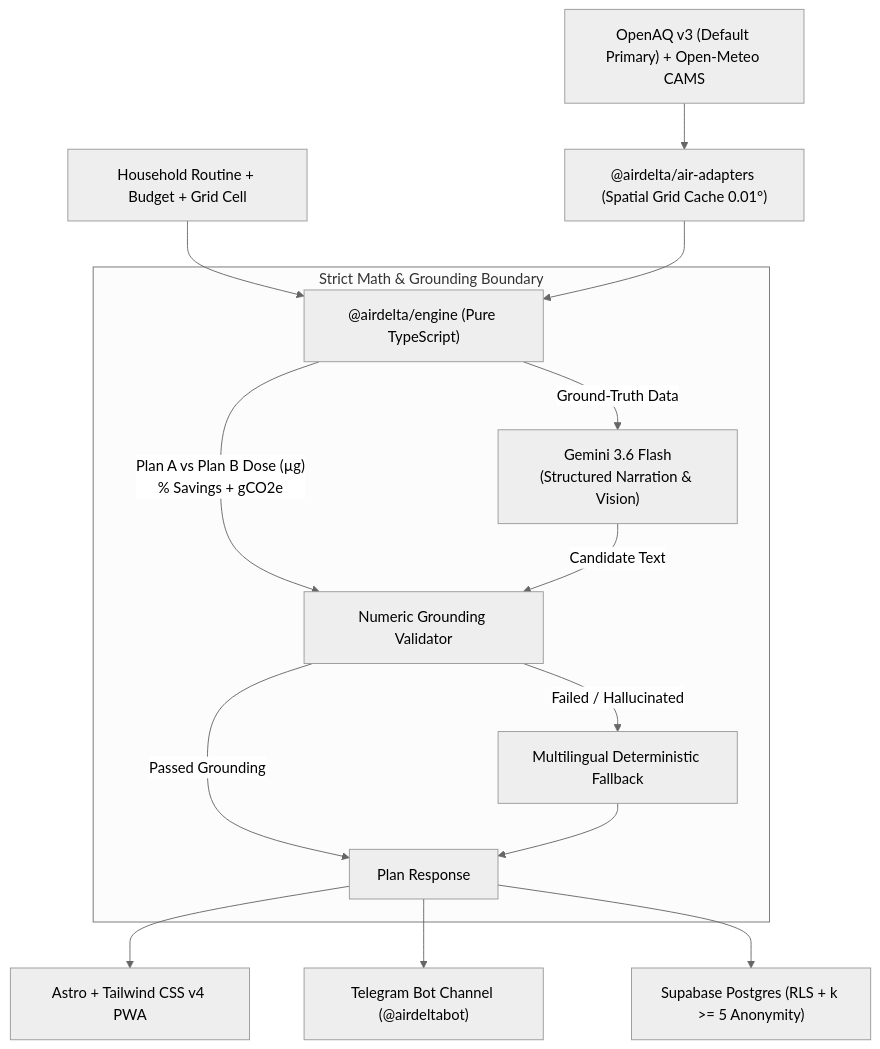
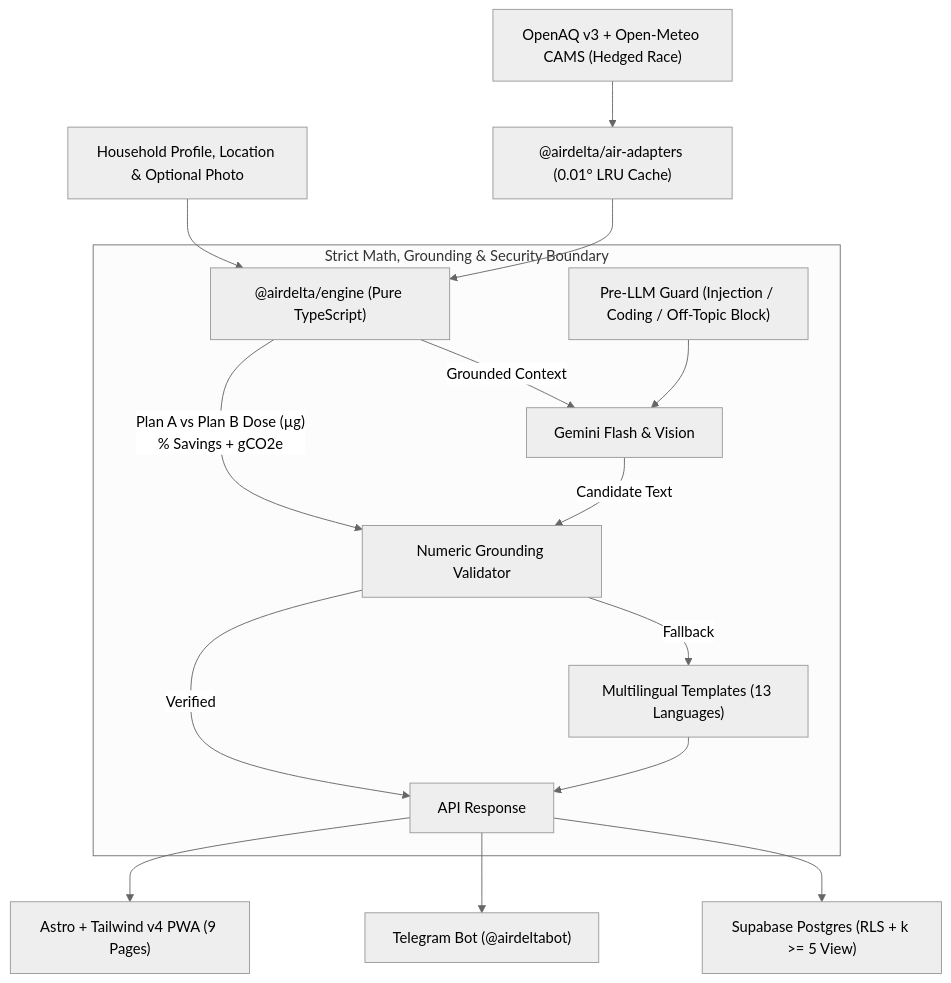
The diagram in README.md (AJAYMYTH/AirDelta), drawn with Mermaid (neutral theme) before and after one commit. The commit also changed other lines of this file, not shown here.

````diff
--- a/README.md
+++ b/README.md
@@ -48,19 +62,20 @@
 ```mermaid
 flowchart TD
-    User["Household Routine + Budget + Grid Cell"] --> Engine["@airdelta/engine (Pure TypeScript)"]
-    AirProviders["OpenAQ v3 (Default Primary) + Open-Meteo CAMS"] --> Adapters["@airdelta/air-adapters (Spatial Grid Cache 0.01°)"]
+    User["Household Profile, Location & Optional Photo"] --> Engine["@airdelta/engine (Pure TypeScript)"]
+    AirProviders["OpenAQ v3 + Open-Meteo CAMS (Hedged Race)"] --> Adapters["@airdelta/air-adapters (0.01° LRU Cache)"]
     Adapters --> Engine
-    
-    subgraph "Strict Math & Grounding Boundary"
+
+    subgraph "Strict Math, Grounding & Security Boundary"
         Engine -->|"Plan A vs Plan B Dose (µg)\n% Savings + gCO2e"| Validator["Numeric Grounding Validator"]
-        Engine -->|"Ground-Truth Data"| Gemini["Gemini 3.6 Flash\n(Structured Narration & Vision)"]
+        Guard["Pre-LLM Guard (Injection / Coding / Off-Topic Block)"] --> Gemini["Gemini Flash & Vision"]
+        Engine -->|"Grounded Context"| Gemini
         Gemini -->|"Candidate Text"| Validator
-        Validator -->|"Passed Grounding"| FinalOutput["Plan Response"]
-        Validator -->|"Failed / Hallucinated"| TemplateFallback["Multilingual Deterministic Fallback"]
+        Validator -->|"Verified"| FinalOutput["API Response"]
+        Validator -->|"Fallback"| TemplateFallback["Multilingual Templates (13 Languages)"]
         TemplateFallback --> FinalOutput
     end
 
-    FinalOutput --> Web["Astro + Tailwind CSS v4 PWA"]
-    FinalOutput --> Bot["Telegram Bot Channel (@airdeltabot)"]
-    FinalOutput --> Supabase["Supabase Postgres (RLS + k >= 5 Anonymity)"]
+    FinalOutput --> Web["Astro + Tailwind v4 PWA (9 Pages)"]
+    FinalOutput --> Bot["Telegram Bot (@airdeltabot)"]
+    FinalOutput --> Supabase["Supabase Postgres (RLS + k >= 5 View)"]
 ```
````
